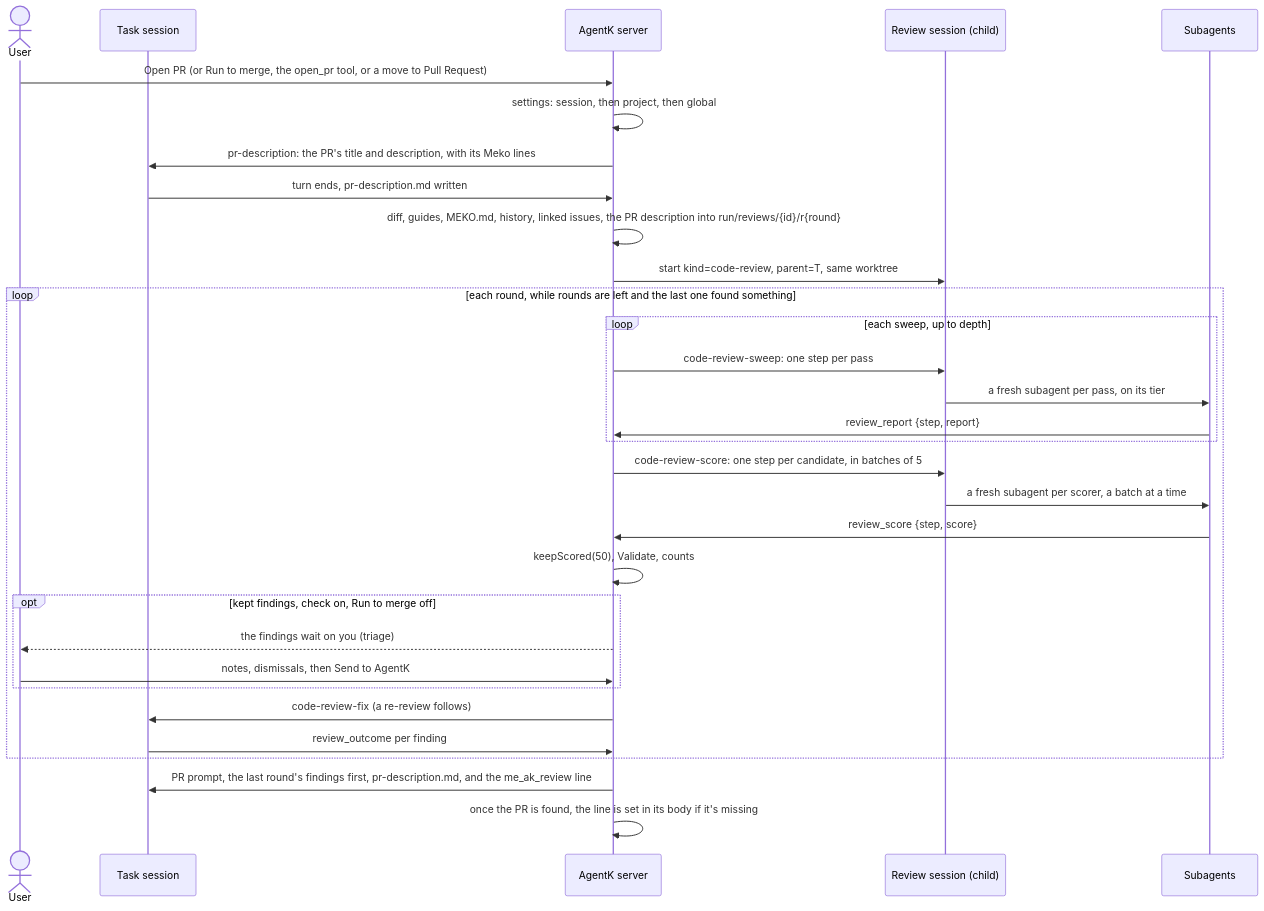
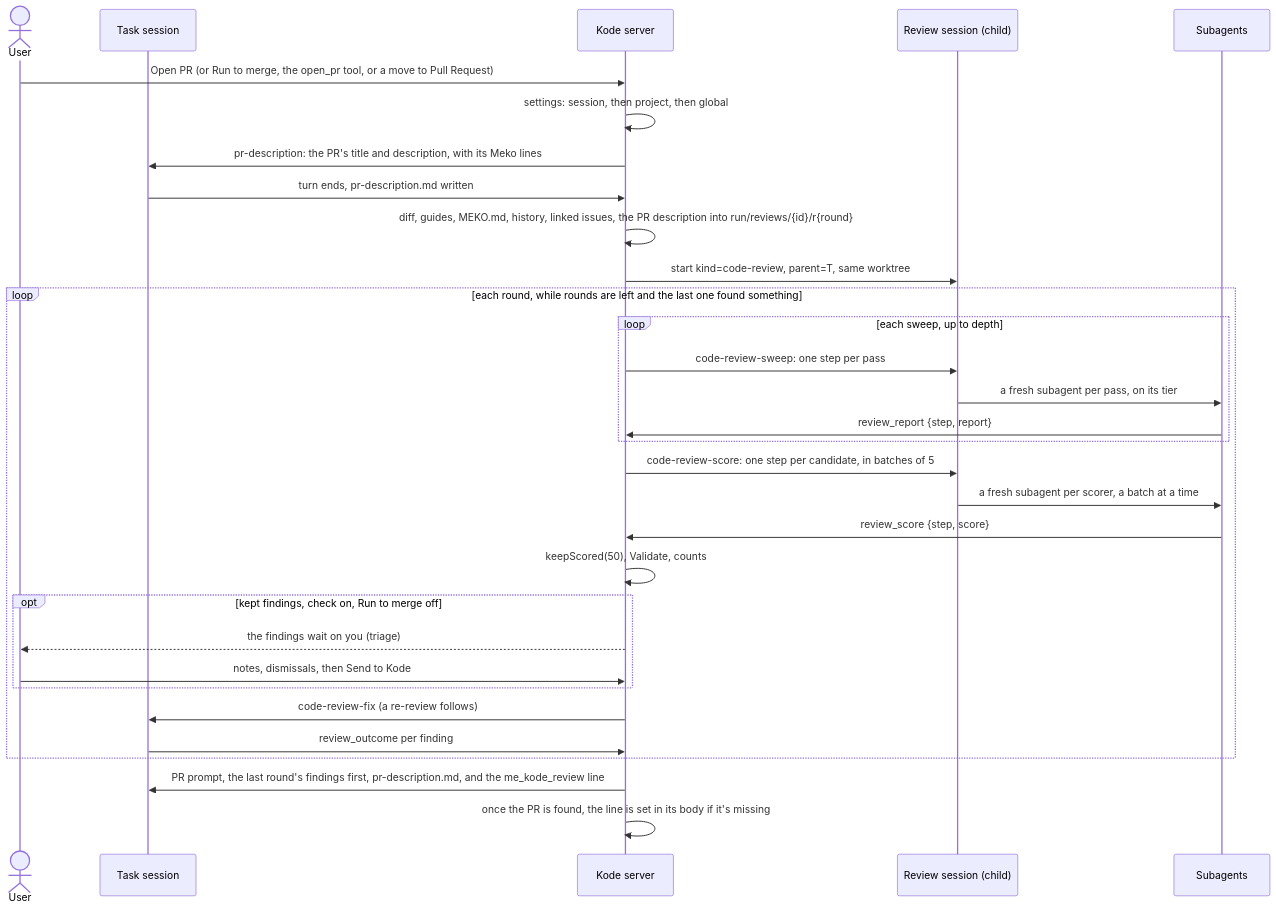
The diagram in src/extensions/agentk/docs/design/code-review.md (yugabyte/meko), drawn with Mermaid before and after one commit. The commit also changed other lines of this file and 428 other files, not shown here.

````diff
--- a/src/extensions/agentk/docs/design/code-review.md
+++ b/src/extensions/agentk/docs/design/code-review.md
@@ -53,33 +53,33 @@
 ```mermaid
 sequenceDiagram
   actor U as User
   participant T as Task session
-  participant AK as AgentK server
+  participant AK as Kode server
   participant R as Review session (child)
   participant S as Subagents
   U->>AK: Open PR (or Run to merge, the open_pr tool, or a move to Pull Request)
   AK->>AK: settings: session, then project, then global
   AK->>T: pr-description: the PR's title and description, with its Meko lines
   T->>AK: turn ends, pr-description.md written
   AK->>AK: diff, guides, MEKO.md, history, linked issues, the PR description into run/reviews/{id}/r{round}
   AK->>R: start kind=code-review, parent=T, same worktree
   loop each round, while rounds are left and the last one found something
     loop each sweep, up to depth
       AK->>R: code-review-sweep: one step per pass
       R->>S: a fresh subagent per pass, on its tier
       S->>AK: review_report {step, report}
     end
     AK->>R: code-review-score: one step per candidate, in batches of 5
     R->>S: a fresh subagent per scorer, a batch at a time
     S->>AK: review_score {step, score}
     AK->>AK: keepScored(50), Validate, counts
     opt kept findings, check on, Run to merge off
       AK-->>U: the findings wait on you (triage)
-      U->>AK: notes, dismissals, then Send to AgentK
+      U->>AK: notes, dismissals, then Send to Kode
     end
     AK->>T: code-review-fix (a re-review follows)
     T->>AK: review_outcome per finding
   end
-  AK->>T: PR prompt, the last round's findings first, pr-description.md, and the me_ak_review line
+  AK->>T: PR prompt, the last round's findings first, pr-description.md, and the me_kode_review line
   AK->>AK: once the PR is found, the line is set in its body if it's missing
 ```
````
